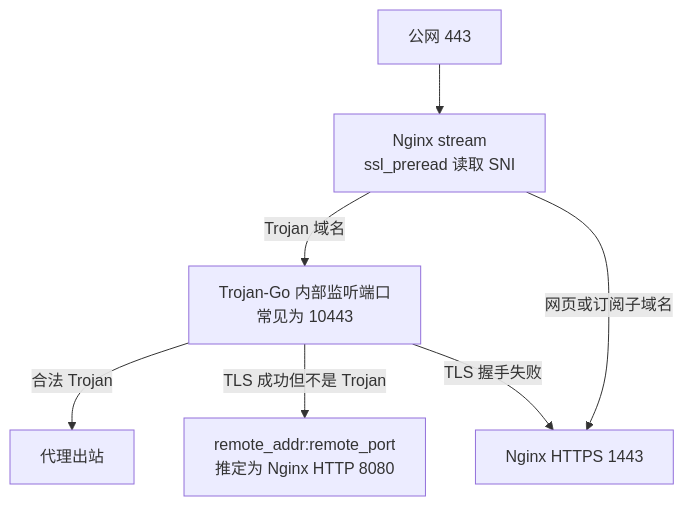
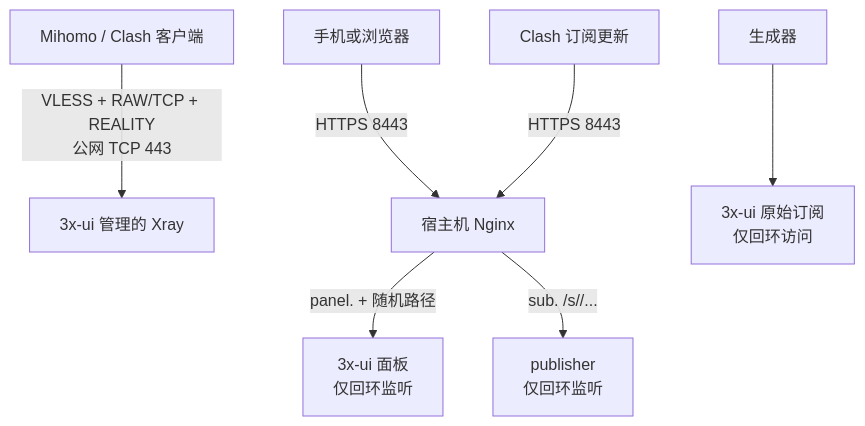
One commit to 42vio/my-clash-config changed the second of 2 diagrams in docs/superpowers/specs/2026-08-21-clash-subscription-publication-design.md. Above: the diagram before and after it, drawn with Mermaid. The commit also changed other lines of this file and 1 other file, not shown here.

Commit message:
docs: redesign clean-server Clash architecture

````diff
--- a/docs/superpowers/specs/2026-08-21-clash-subscription-publication-design.md
+++ b/docs/superpowers/specs/2026-08-21-clash-subscription-publication-design.md
@@ -77,9 +88,9 @@
 ```mermaid
 flowchart TD
-    A["公网 443"] --> B["Nginx stream\nssl_preread 读取 SNI"]
-    B -->|"Trojan 域名"| C["Trojan-Go 内部监听端口\n常见为 10443"]
-    B -->|"网页或订阅子域名"| D["Nginx HTTPS 1443"]
-    C -->|"合法 Trojan"| E["代理出站"]
-    C -->|"TLS 成功但不是 Trojan"| F["remote_addr:remote_port\n推定为 Nginx HTTP 8080"]
-    C -->|"TLS 握手失败"| D
+    C["Mihomo / Clash 客户端"] -->|"VLESS + RAW/TCP + REALITY\n公网 TCP 443"| X["3x-ui 管理的 Xray"]
+    B["手机或浏览器"] -->|"HTTPS 8443"| N["宿主机 Nginx"]
+    S["Clash 订阅更新"] -->|"HTTPS 8443"| N
+    N -->|"panel.<domain> + 随机路径"| P["3x-ui 面板\n仅回环监听"]
+    N -->|"sub.<domain> /s/<token>/..."| R["publisher\n仅回环监听"]
+    G["生成器"] --> Q["3x-ui 原始订阅\n仅回环访问"]
 ```
````
